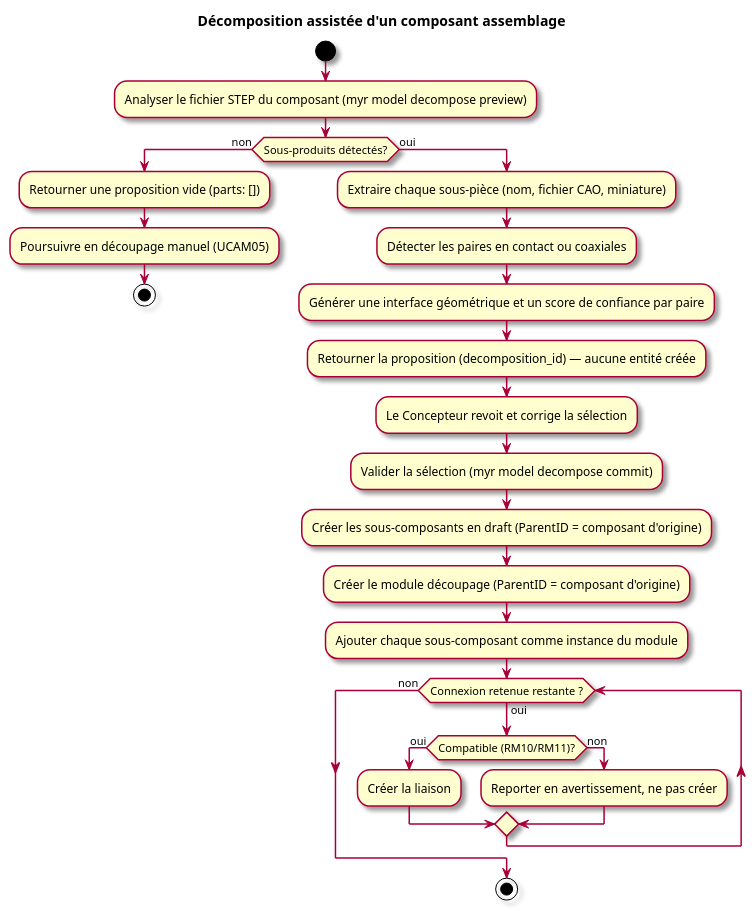
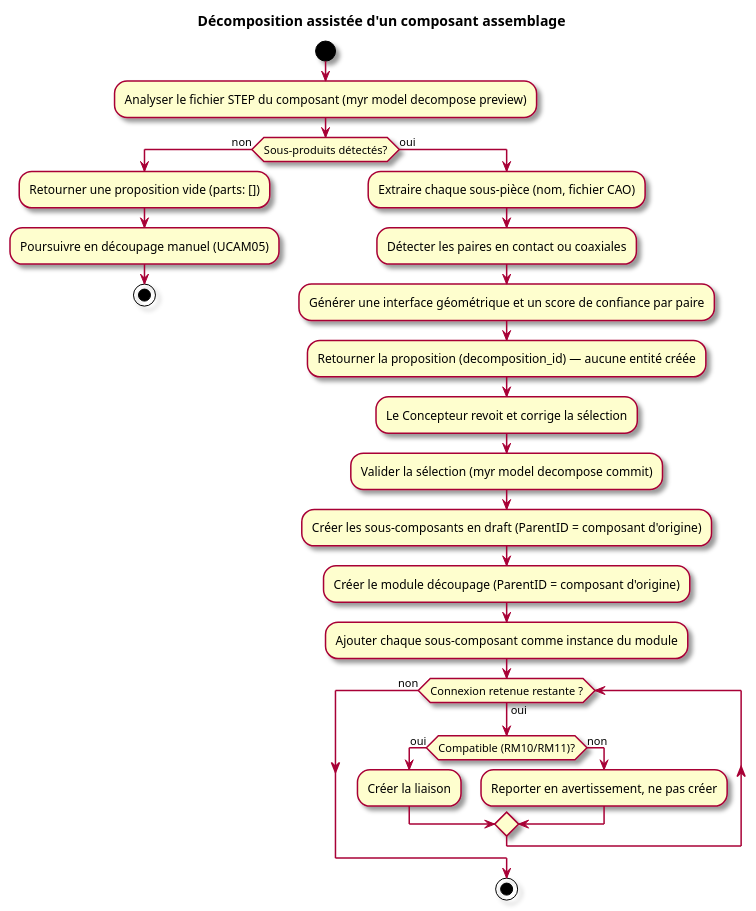
The second of 2 diagrams in specs/1-Expression/UCAM-Assemblage_Module/UCAM09.md (myr-forge/myr-core), drawn with PlantUML before and after one commit. The commit also changed other lines of this file and 56 other files, not shown here.

````diff
--- a/specs/1-Expression/UCAM-Assemblage_Module/UCAM09.md
+++ b/specs/1-Expression/UCAM-Assemblage_Module/UCAM09.md
@@ -116,31 +116,31 @@
 ```plantuml
 @startuml
 skin rose
 title Décomposition assistée d'un composant assemblage
 start
 :Analyser le fichier STEP du composant (myr model decompose preview);
 if (Sous-produits détectés?) then (non)
   :Retourner une proposition vide (parts: []);
   :Poursuivre en découpage manuel (UCAM05);
   stop
 else (oui)
-  :Extraire chaque sous-pièce (nom, fichier CAO, miniature);
+  :Extraire chaque sous-pièce (nom, fichier CAO);
   :Détecter les paires en contact ou coaxiales;
   :Générer une interface géométrique et un score de confiance par paire;
   :Retourner la proposition (decomposition_id) — aucune entité créée;
   :Le Concepteur revoit et corrige la sélection;
   :Valider la sélection (myr model decompose commit);
   :Créer les sous-composants en draft (ParentID = composant d'origine);
   :Créer le module découpage (ParentID = composant d'origine);
   :Ajouter chaque sous-composant comme instance du module;
   while (Connexion retenue restante ?) is (oui)
     if (Compatible (RM10/RM11)?) then (oui)
       :Créer la liaison;
     else (non)
       :Reporter en avertissement, ne pas créer;
     endif
   endwhile (non)
   stop
 endif
 @enduml
 ```
````
